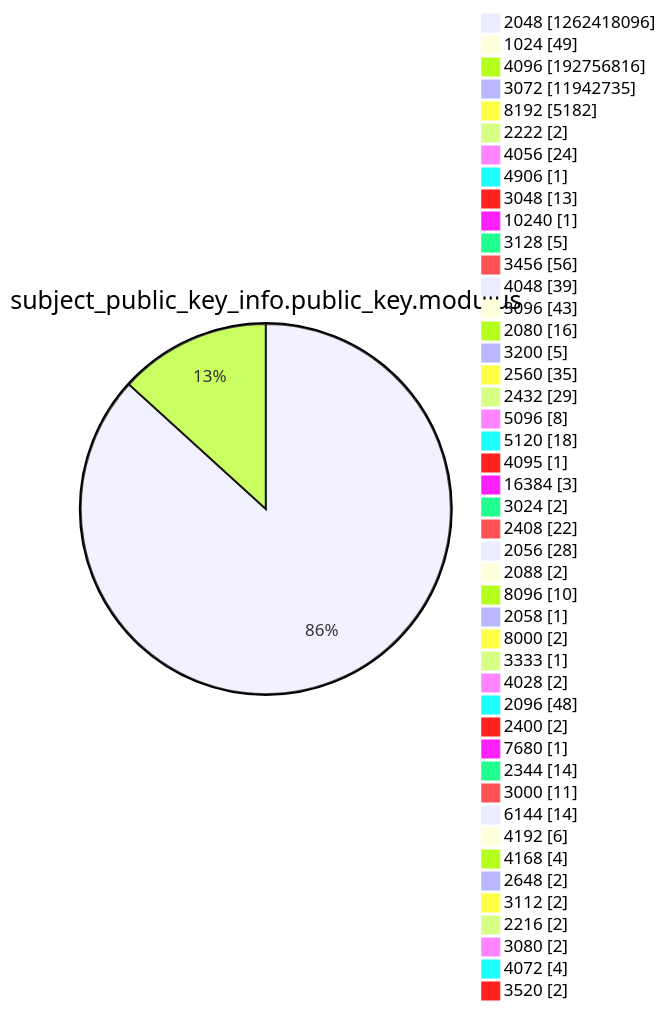
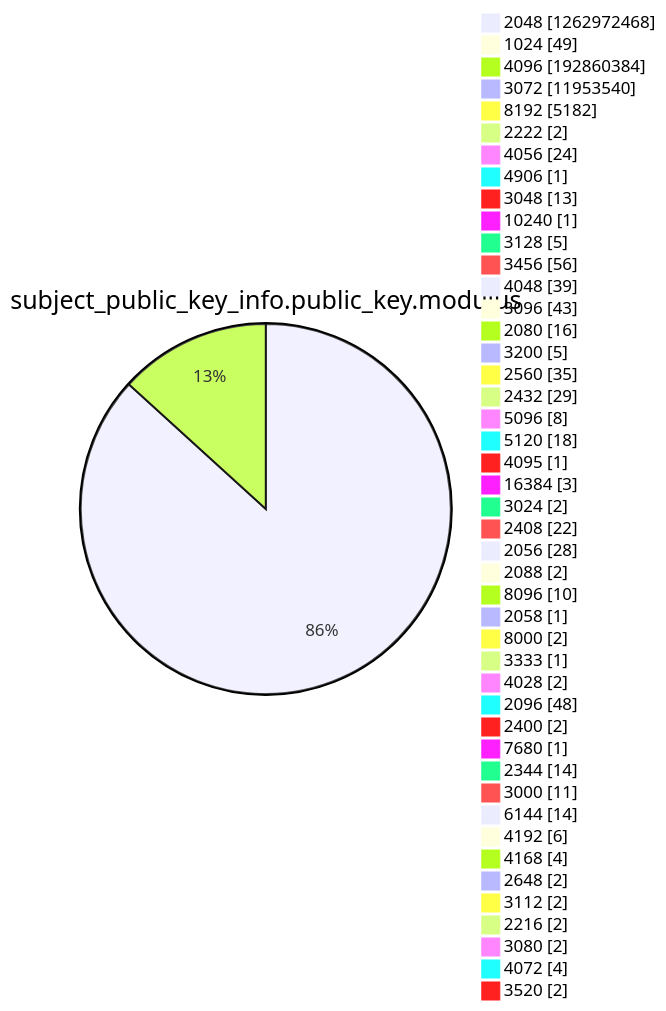
Diagram 13 of 15 in xenon2022/README.md (christiankrug/ctmonitor_visualization), drawn with Mermaid before and after one commit. The commit also changed other lines of this file, not shown here.

````diff
--- a/xenon2022/README.md
+++ b/xenon2022/README.md
@@ -3920,49 +3920,49 @@
 ```mermaid
 pie showData
 title subject_public_key_info.public_key.modulus
-"2048" :1262418096
+"2048" :1262972468
 "1024" :49
-"4096" :192756816
-"3072" :11942735
+"4096" :192860384
+"3072" :11953540
 "8192" :5182
 "2222" :2
 "4056" :24
 "4906" :1
 "3048" :13
 "10240" :1
 "3128" :5
 "3456" :56
 "4048" :39
 "3096" :43
 "2080" :16
 "3200" :5
 "2560" :35
 "2432" :29
 "5096" :8
 "5120" :18
 "4095" :1
 "16384" :3
 "3024" :2
 "2408" :22
 "2056" :28
 "2088" :2
 "8096" :10
 "2058" :1
 "8000" :2
 "3333" :1
 "4028" :2
 "2096" :48
 "2400" :2
 "7680" :1
 "2344" :14
 "3000" :11
 "6144" :14
 "4192" :6
 "4168" :4
 "2648" :2
 "3112" :2
 "2216" :2
 "3080" :2
 "4072" :4
 "3520" :2
 ```
````
